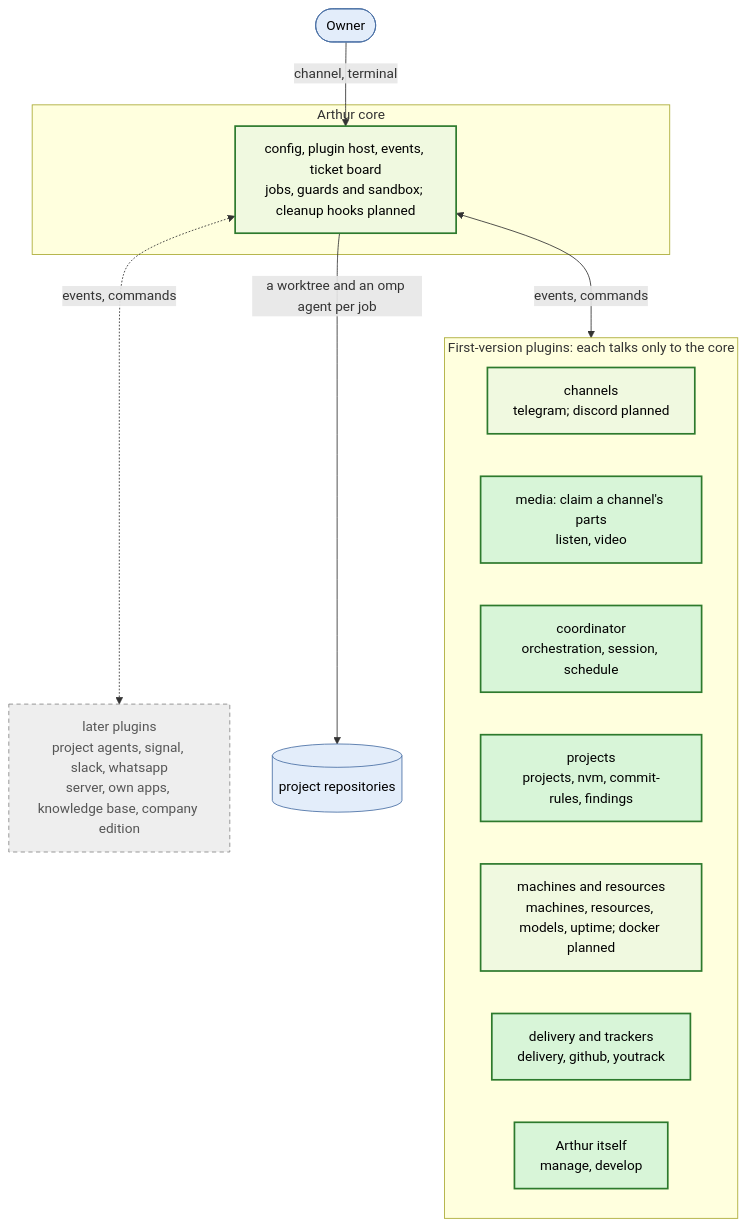
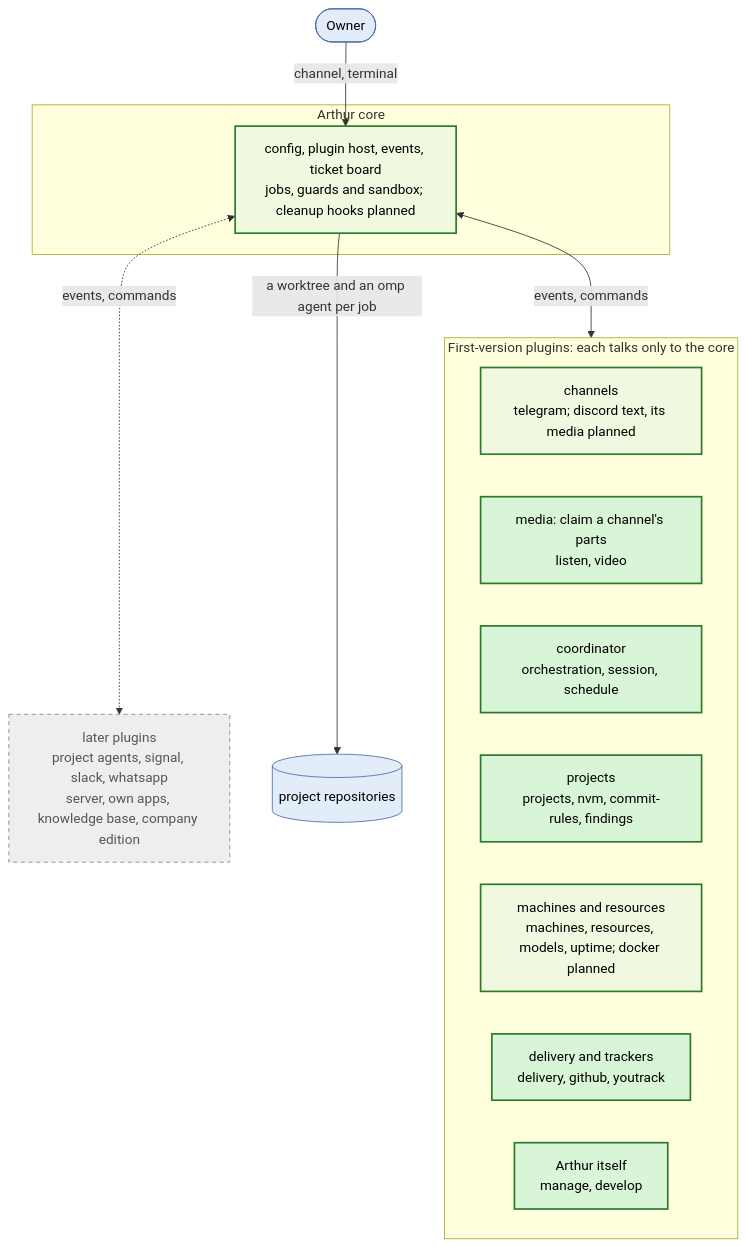
One commit to kacperadler/arthur changed the diagram in README.md. Above: the diagram before and after it, drawn with Mermaid. The commit also changed other lines of this file and 25 other files, not shown here.

First line of the commit message:
feat(discord): gateway, text in and out (AR0592 ticket 1)

````diff
--- a/README.md
+++ b/README.md
@@ -59,28 +58,28 @@
 ```mermaid
 flowchart TD
   owner([Owner]) -->|channel, terminal| core
   subgraph CORE[Arthur core]
     core[config, plugin host, events, ticket board<br/>jobs, guards and sandbox; cleanup hooks planned]
   end
   subgraph FIRST[First-version plugins: each talks only to the core]
-    chan[channels<br/>telegram; discord planned]
+    chan[channels<br/>telegram; discord text, its media planned]
     media[media: claim a channel's parts<br/>listen, video]
     coord[coordinator<br/>orchestration, session, schedule]
     proj[projects<br/>projects, nvm, commit-rules, findings]
     res[machines and resources<br/>machines, resources, models, uptime; docker planned]
     deliv[delivery and trackers<br/>delivery, github, youtrack]
     self[Arthur itself<br/>manage, develop]
   end
   later[later plugins<br/>project agents, signal, slack, whatsapp<br/>server, own apps, knowledge base, company edition]
   core <-->|events, commands| FIRST
   core <-.->|events, commands| later
   core -->|a worktree and an omp agent per job| repos[(project repositories)]
   classDef built fill:#d8f5d8,stroke:#2d7a2d,stroke-width:2px,color:#000;
   classDef partial fill:#f0f9e0,stroke:#2d7a2d,stroke-width:2px,color:#000;
   classDef planned fill:#eee,stroke:#888,stroke-dasharray:5 4,color:#555;
   classDef outside fill:#e3edfa,stroke:#4a6fa5,color:#000;
   class coord,proj,deliv,self,media built;
   class core,chan,res partial;
   class later planned;
   class owner,repos outside;
 ```
````
